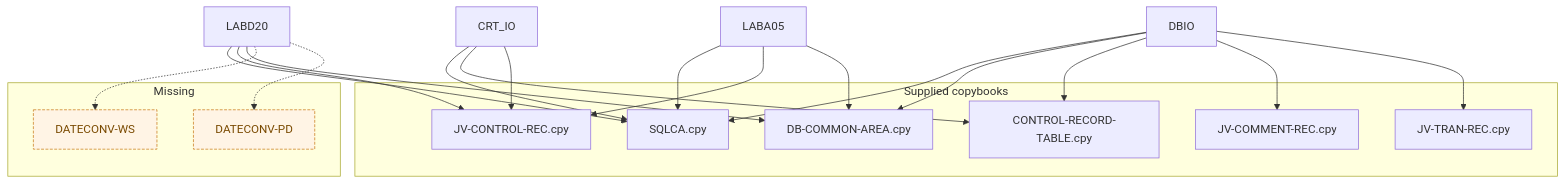
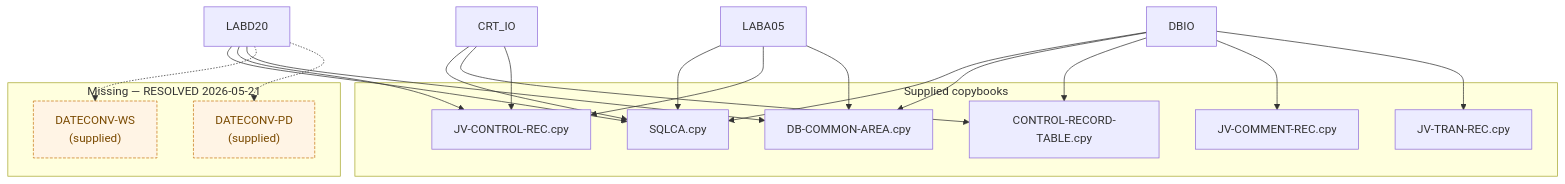
The second of 3 diagrams in migration/analysis/dependency-map-detailed.md (COG-GTM/Guidehouse-Cobol-VA), drawn with Mermaid before and after one commit. The commit also changed other lines of this file and 13 other files, not shown here.

````diff
--- a/migration/analysis/dependency-map-detailed.md
+++ b/migration/analysis/dependency-map-detailed.md
@@ -100,38 +102,38 @@
 ```mermaid
 flowchart TB
     subgraph supplied["Supplied copybooks"]
         SQLCA["SQLCA.cpy"]
         JV_CTRL["JV-CONTROL-REC.cpy"]
         CRT_CPY["CONTROL-RECORD-TABLE.cpy"]
         JV_CMT["JV-COMMENT-REC.cpy"]
         JV_TRAN["JV-TRAN-REC.cpy"]
         DB_COMM["DB-COMMON-AREA.cpy"]
     end
-    subgraph missing["Missing"]
-        DC_WS["DATECONV-WS"]
-        DC_PD["DATECONV-PD"]
+    subgraph missing["Missing — RESOLVED 2026-05-21"]
+        DC_WS["DATECONV-WS<br/>(supplied)"]
+        DC_PD["DATECONV-PD<br/>(supplied)"]
     end
 
     LABD20 --> SQLCA
     LABD20 --> JV_CTRL
     LABD20 --> DB_COMM
     LABD20 -.-> DC_WS
     LABD20 -.-> DC_PD
 
     LABA05 --> SQLCA
     LABA05 --> JV_CTRL
     LABA05 --> DB_COMM
 
     DBIO --> SQLCA
     DBIO --> DB_COMM
     DBIO --> CRT_CPY
     DBIO --> JV_CMT
     DBIO --> JV_TRAN
 
     CRT_IO --> SQLCA
     CRT_IO --> CRT_CPY
     CRT_IO --> JV_CTRL
 
     classDef miss fill:#fff4e5,stroke:#c87a1a,stroke-dasharray:4 2,color:#7a4a00
     class DC_WS,DC_PD miss
 ```
````
